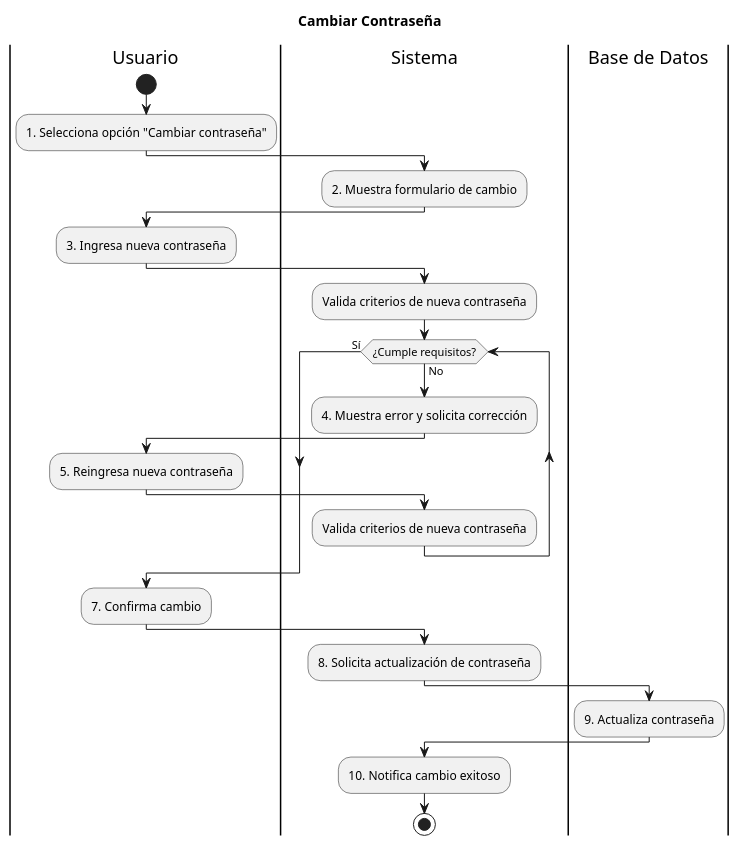
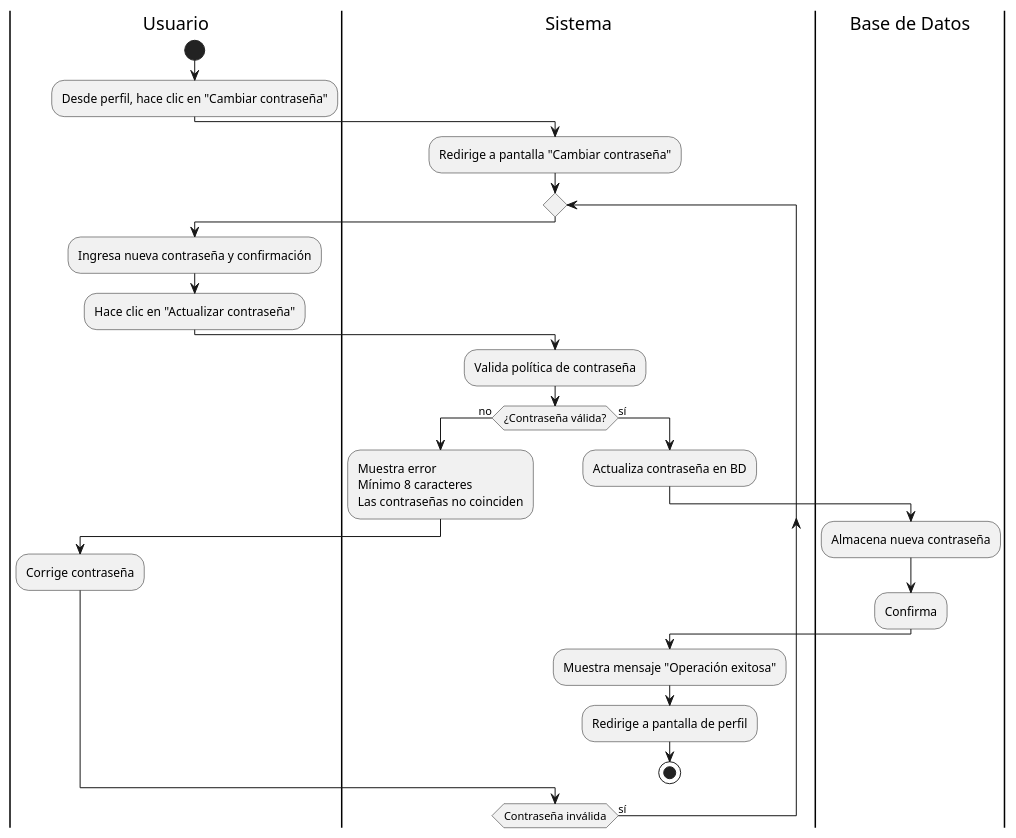
Before and after one commit to LauKnitIn/SISTEMA-GESTOR-DE-RECORRIDOS: the diagram in diagramas_modulo_autenticacion/actividades-modulo-autenticacion/Actividades_Cambiar_contraseña.puml, drawn with PlantUML. The commit also changed 11 other files, not shown here.

Commit message:
Se modificaron los diagramas de secuencia y actividades del módulo de autenticación

```diff
--- a/diagramas_modulo_autenticacion/actividades-modulo-autenticacion/Actividades_Cambiar_contraseña.puml
+++ b/diagramas_modulo_autenticacion/actividades-modulo-autenticacion/Actividades_Cambiar_contraseña.puml
@@ -1,38 +1,44 @@
 @startuml
-title Cambiar Contraseña
+|Usuario|
+start
+:Desde perfil, hace clic en "Cambiar contraseña";
+
+|Sistema|
+:Redirige a pantalla "Cambiar contraseña";
+
+repeat
 
 |Usuario|
-start
-:1. Selecciona opción "Cambiar contraseña";
+:Ingresa nueva contraseña y confirmación;
+:Hace clic en "Actualizar contraseña";
 
 |Sistema|
-:2. Muestra formulario de cambio;
+:Valida política de contraseña;
+
+if (¿Contraseña válida?) then (no)
+
+:Muestra error\nMínimo 8 caracteres\nLas contraseñas no coinciden;
 
 |Usuario|
-:3. Ingresa nueva contraseña;
+:Corrige contraseña;
+
+else (sí)
 
 |Sistema|
-:Valida criterios de nueva contraseña;
+:Actualiza contraseña en BD;
 
-while (¿Cumple requisitos?) is (No)
-:4. Muestra error y solicita corrección;
-|Usuario|
-:5. Reingresa nueva contraseña;
-|Sistema|
-:Valida criterios de nueva contraseña;
-endwhile (Sí)
-
-|Usuario|
-:7. Confirma cambio;
+|Base de Datos|
+:Almacena nueva contraseña;
+:Confirma;
 
 |Sistema|
-:8. Solicita actualización de contraseña;
-
-|Base de Datos|
-:9. Actualiza contraseña;
-
-|Sistema|
-:10. Notifica cambio exitoso;
+:Muestra mensaje "Operación exitosa";
+:Redirige a pantalla de perfil;
 
 stop
+
+endif
+
+repeat while (Contraseña inválida) is (sí)
+
 @enduml
```
